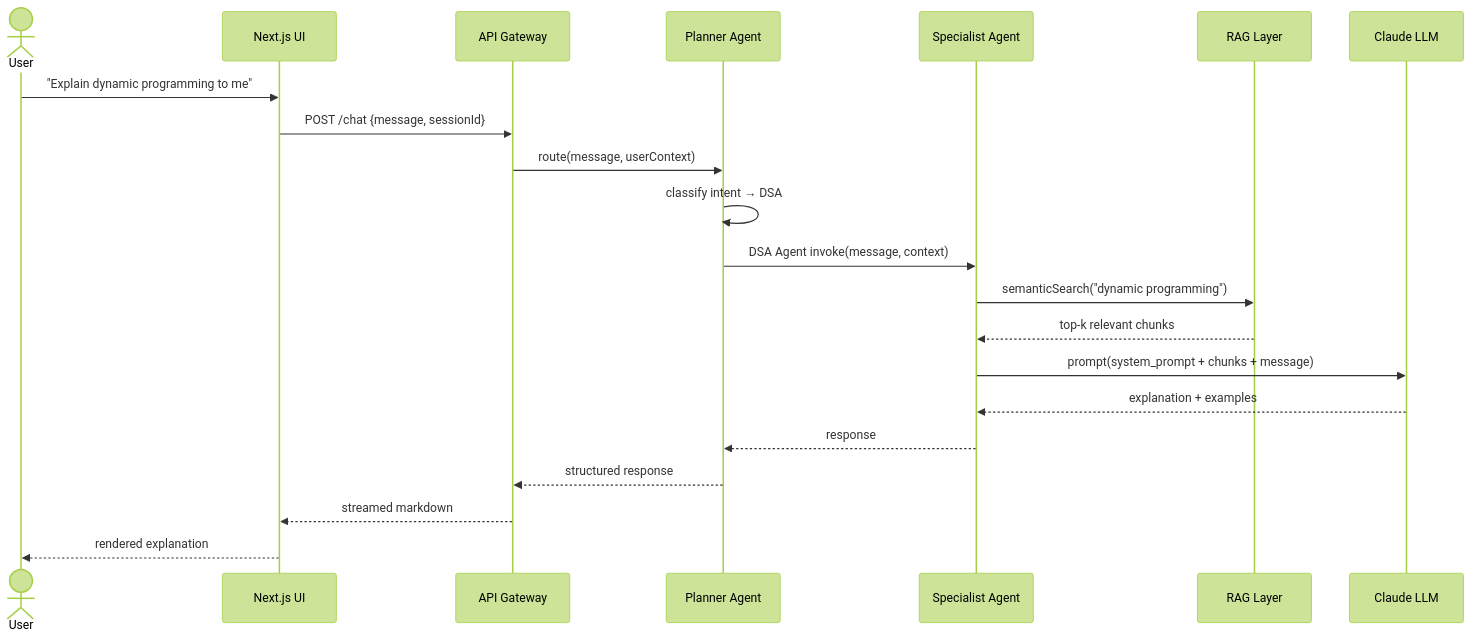
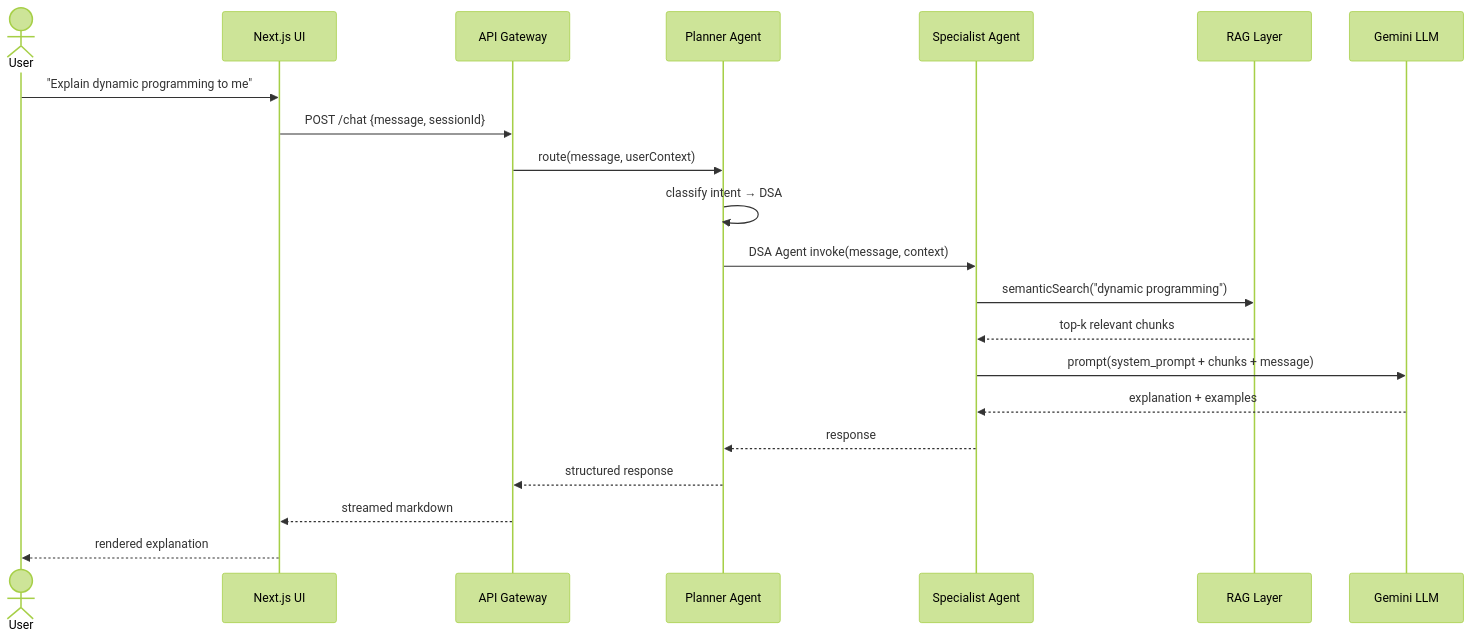
The second of 4 diagrams in design/HIGH_LEVEL_ARCHITECTURE.md (aryan19jaiswal/marxAI), drawn with Mermaid (forest theme) before and after one commit. The commit also changed other lines of this file and 12 other files, not shown here.

````diff
--- a/design/HIGH_LEVEL_ARCHITECTURE.md
+++ b/design/HIGH_LEVEL_ARCHITECTURE.md
@@ -102,24 +102,24 @@
 ```mermaid
 sequenceDiagram
     actor User
     participant UI as Next.js UI
     participant GW as API Gateway
     participant PA as Planner Agent
     participant Agent as Specialist Agent
     participant RAG as RAG Layer
-    participant LLM as Claude LLM
+    participant LLM as Gemini LLM
 
     User->>UI: "Explain dynamic programming to me"
     UI->>GW: POST /chat {message, sessionId}
     GW->>PA: route(message, userContext)
     PA->>PA: classify intent → DSA
     PA->>Agent: DSA Agent invoke(message, context)
     Agent->>RAG: semanticSearch("dynamic programming")
     RAG-->>Agent: top-k relevant chunks
     Agent->>LLM: prompt(system_prompt + chunks + message)
     LLM-->>Agent: explanation + examples
     Agent-->>PA: response
     PA-->>GW: structured response
     GW-->>UI: streamed markdown
     UI-->>User: rendered explanation
 ```
````
